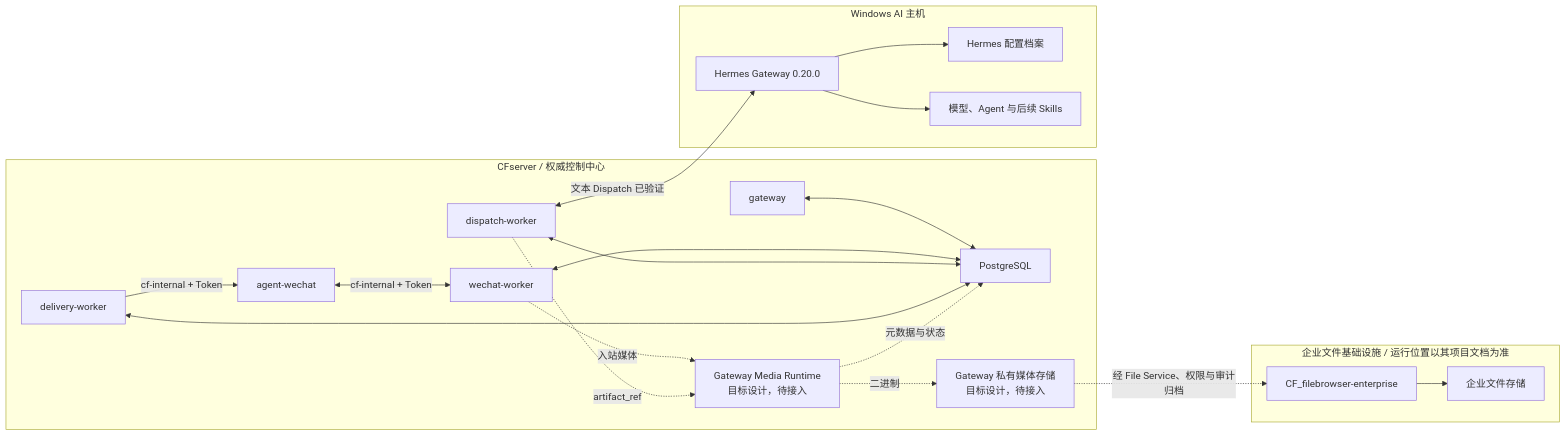
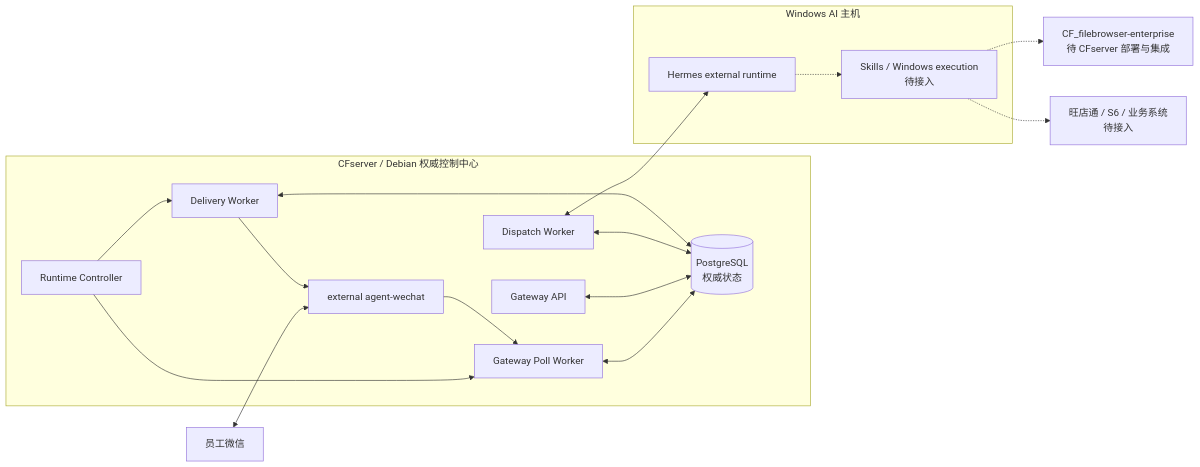
The first of 3 diagrams in 02_系统设计.md (Tangbohu09527/CF_ecommerce-automation-docs), drawn with Mermaid before and after one commit. The commit also changed other lines of this file and 17 other files, not shown here.

Commit message:
docs: align current architecture and component status

````diff
--- a/02_系统设计.md
+++ b/02_系统设计.md
@@ -42,41 +9,33 @@
 ```mermaid
 flowchart LR
-    subgraph CFS["CFserver / 权威控制中心"]
-        AW["agent-wechat"]
-        API["gateway"]
-        WW["wechat-worker"]
-        DW["dispatch-worker"]
-        DLW["delivery-worker"]
-        PG["PostgreSQL"]
-        MR["Gateway Media Runtime<br/>目标设计，待接入"]
-        PMS["Gateway 私有媒体存储<br/>目标设计，待接入"]
-
-        AW <-->|"cf-internal + Token"| WW
-        DLW -->|"cf-internal + Token"| AW
+    U["员工微信"]
+    subgraph CFS["CFserver / Debian 权威控制中心"]
+        AW["external agent-wechat"]
+        PW["Gateway Poll Worker"]
+        API["Gateway API"]
+        CTL["Runtime Controller"]
+        PG[("PostgreSQL<br/>权威状态")]
+        DW["Dispatch Worker"]
+        DLW["Delivery Worker"]
+        PW <--> PG
         API <--> PG
-        WW <--> PG
+        CTL --> PW
+        CTL --> DLW
         DW <--> PG
         DLW <--> PG
-        MR -. "元数据与状态" .-> PG
-        MR -. "二进制" .-> PMS
     end
+    subgraph AI["Windows AI 主机"]
+        H["Hermes external runtime"]
+        SK["Skills / Windows execution<br/>待接入"]
+        H -.-> SK
+    end
+    FB["CF_filebrowser-enterprise<br/>待 CFserver 部署与集成"]
+    BIZ["旺店通 / S6 / 业务系统<br/>待接入"]
 
-    subgraph FILE["企业文件基础设施 / 运行位置以其项目文档为准"]
-        FB["CF_filebrowser-enterprise"]
-        EFS["企业文件存储"]
-        FB --> EFS
-    end
-
-    subgraph AI["Windows AI 主机"]
-        H["Hermes Gateway 0.20.0"]
-        HP["Hermes 配置档案"]
-        MA["模型、Agent 与后续 Skills"]
-    end
-
-    DW <-->|"文本 Dispatch 已验证"| H
-    H --> HP
-    H --> MA
-    WW -. "入站媒体" .-> MR
-    DW -. "artifact_ref" .-> MR
-    PMS -. "经 File Service、权限与审计归档" .-> FB
+    U <--> AW
+    AW --> PW
+    DW <--> H
+    DLW --> AW
+    SK -.-> FB
+    SK -.-> BIZ
 ```
````
